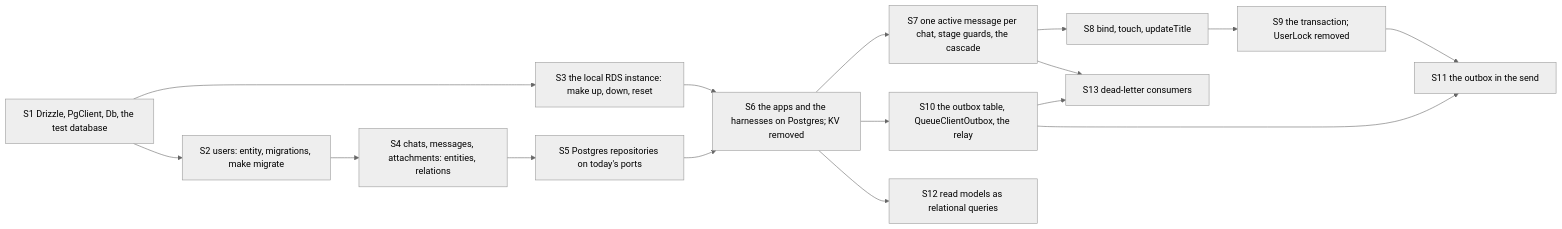
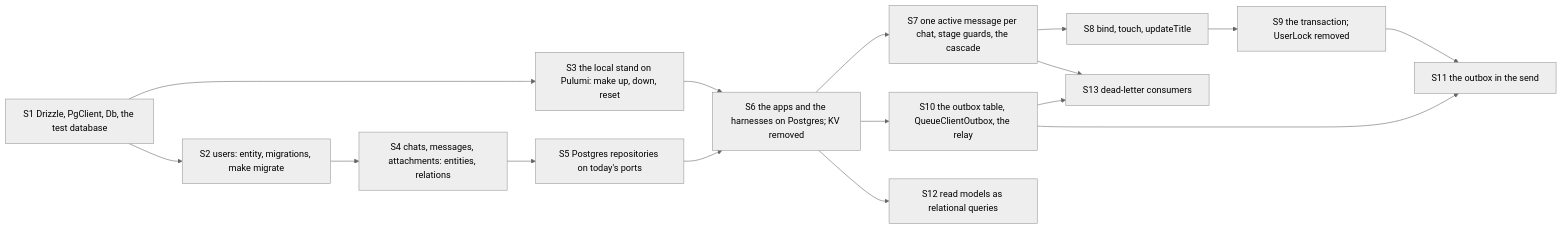
One commit to khotei/app-template changed the diagram in docs/tickets/2026-10-22-1915_postgres-drizzle/plan.md. Above: the diagram before and after it, drawn with Mermaid (neutral theme). The commit also changed other lines of this file and 12 other files, not shown here.

````diff
--- a/docs/tickets/2026-10-22-1915_postgres-drizzle/plan.md
+++ b/docs/tickets/2026-10-22-1915_postgres-drizzle/plan.md
@@ -48,18 +44,18 @@
 ```mermaid
 graph LR
   S1[S1 Drizzle, PgClient, Db, the test database] --> S2[S2 users: entity, migrations, make migrate]
-  S1 --> S3[S3 the local RDS instance: make up, down, reset]
+  S1 --> S3[S3 the local stand on Pulumi: make up, down, reset]
   S2 --> S4[S4 chats, messages, attachments: entities, relations]
   S4 --> S5[S5 Postgres repositories on today's ports]
   S3 --> S6[S6 the apps and the harnesses on Postgres; KV removed]
   S5 --> S6
   S6 --> S7[S7 one active message per chat, stage guards, the cascade]
   S7 --> S8[S8 bind, touch, updateTitle]
   S8 --> S9[S9 the transaction; UserLock removed]
   S6 --> S10[S10 the outbox table, QueueClientOutbox, the relay]
   S9 --> S11[S11 the outbox in the send]
   S10 --> S11
   S6 --> S12[S12 read models as relational queries]
   S7 --> S13[S13 dead-letter consumers]
   S10 --> S13
 ```
````
